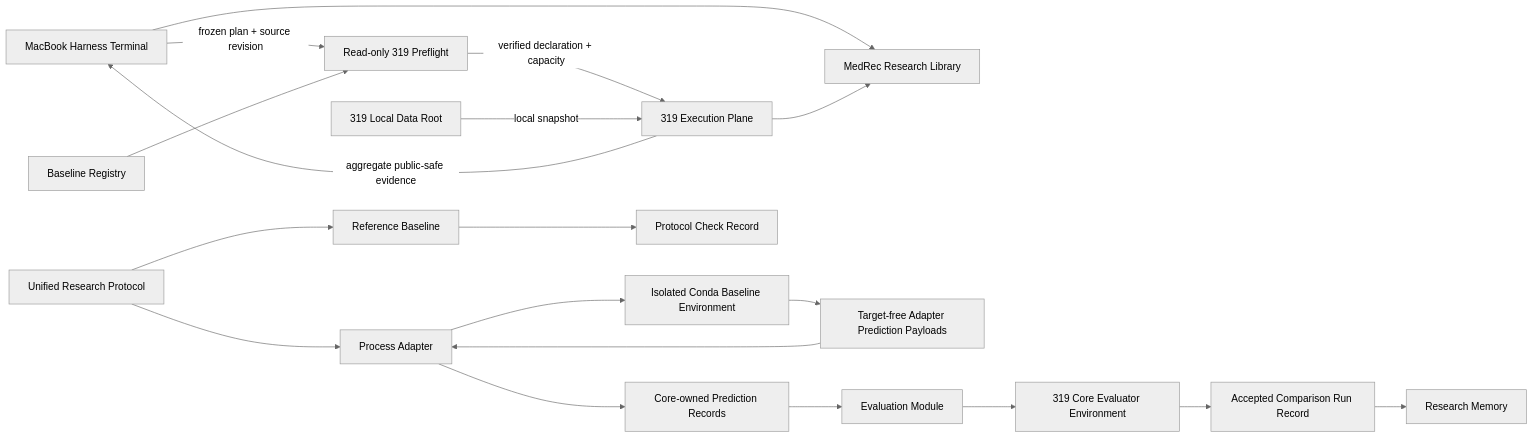
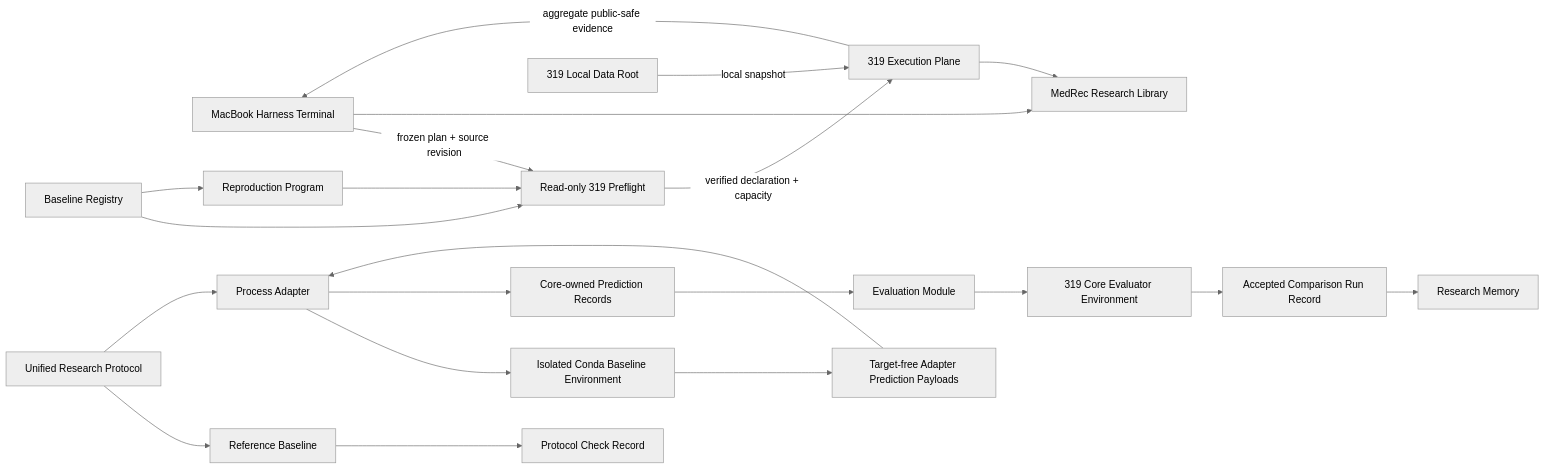
Before and after one commit to Aeonbrk/medrec-research: the diagram in ARCHITECTURE.md, drawn with Mermaid (neutral theme). The commit also changed other lines of this file and 20 other files, not shown here.

Commit message:
refactor(baselines): deepen archived reproduction program

````diff
--- a/ARCHITECTURE.md
+++ b/ARCHITECTURE.md
@@ -7,21 +7,23 @@
 ```mermaid
 flowchart LR
     Mac["MacBook Harness Terminal"] -->|"frozen plan + source revision"| Preflight["Read-only 319 Preflight"]
     Registry["Baseline Registry"] --> Preflight
+    Registry --> Program["Reproduction Program"]
+    Program --> Preflight
     Preflight -->|"verified declaration + capacity"| Remote["319 Execution Plane"]
     Data["319 Local Data Root"] -->|"local snapshot"| Remote
     Remote -->|"aggregate public-safe evidence"| Mac
     Mac --> Core["MedRec Research Library"]
     Remote --> Core
     Protocol["Unified Research Protocol"] --> Reference["Reference Baseline"]
     Protocol --> Adapter["Process Adapter"]
     Adapter --> Conda["Isolated Conda Baseline Environment"]
     Reference --> Check["Protocol Check Record"]
     Conda --> Wire["Target-free Adapter Prediction Payloads"]
     Wire --> Adapter
     Adapter --> Prediction["Core-owned Prediction Records"]
     Prediction --> Evaluation["Evaluation Module"]
     Evaluation --> Evaluator["319 Core Evaluator Environment"]
     Evaluator --> Run["Accepted Comparison Run Record"]
     Run --> Memory["Research Memory"]
 ```
````
